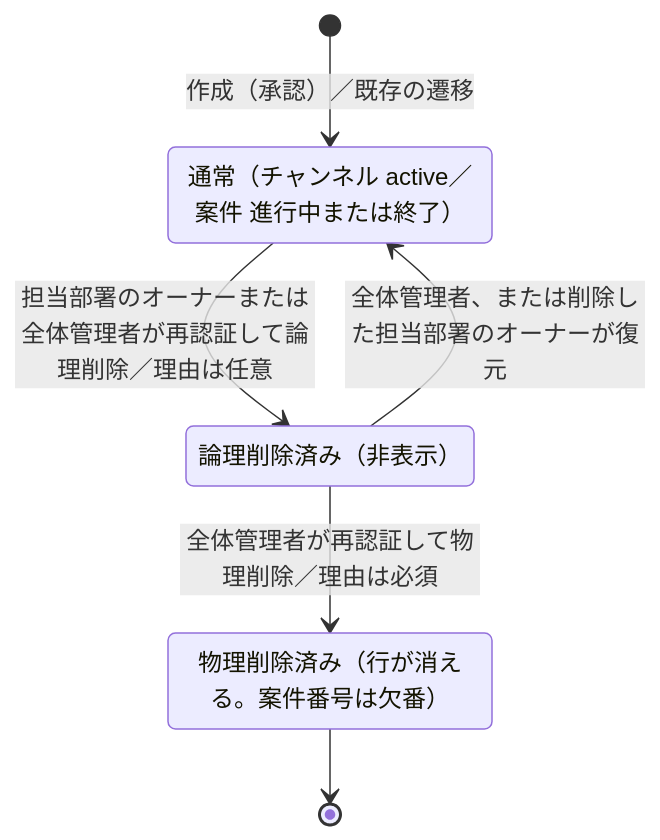
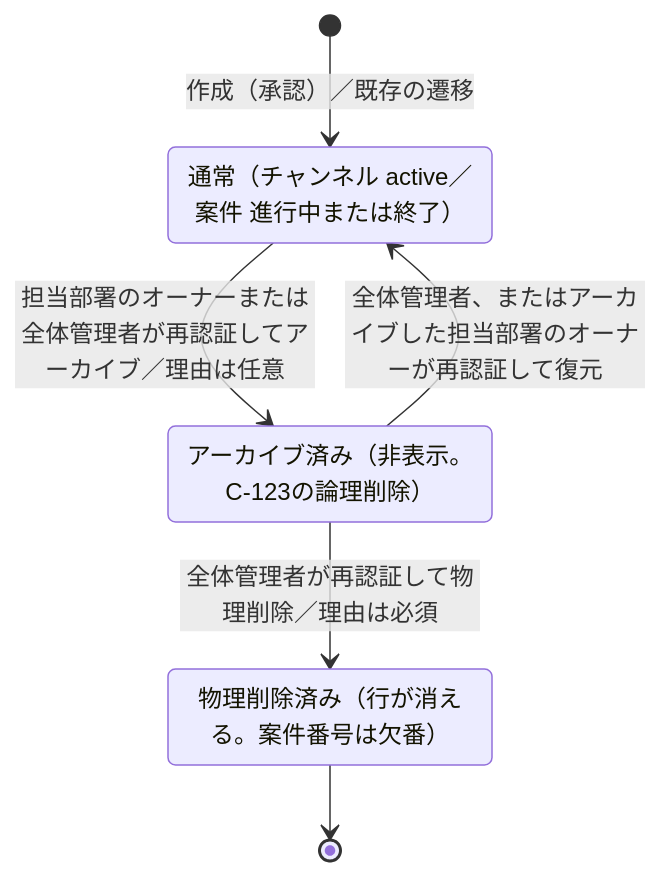
Before and after one commit to yamamotonaoki3/internal-system: diagram 11 of 11 in docs/requirements/state-transitions.md, drawn with Mermaid. The commit also changed other lines of this file and 13 other files, not shown here.

````diff
--- a/docs/requirements/state-transitions.md
+++ b/docs/requirements/state-transitions.md
@@ -309,11 +311,11 @@
 ```mermaid
 stateDiagram-v2
     state "通常（チャンネル active／案件 進行中または終了）" as ObjNormal
-    state "論理削除済み（非表示）" as ObjDeleted
+    state "アーカイブ済み（非表示。C-123の論理削除）" as ObjDeleted
     state "物理削除済み（行が消える。案件番号は欠番）" as ObjPurged
     [*] --> ObjNormal: 作成（承認）／既存の遷移
-    ObjNormal --> ObjDeleted: 担当部署のオーナーまたは全体管理者が再認証して論理削除／理由は任意
-    ObjDeleted --> ObjNormal: 全体管理者、または削除した担当部署のオーナーが復元
+    ObjNormal --> ObjDeleted: 担当部署のオーナーまたは全体管理者が再認証してアーカイブ／理由は任意
+    ObjDeleted --> ObjNormal: 全体管理者、またはアーカイブした担当部署のオーナーが再認証して復元
     ObjDeleted --> ObjPurged: 全体管理者が再認証して物理削除／理由は必須
     ObjPurged --> [*]
 ```
````
